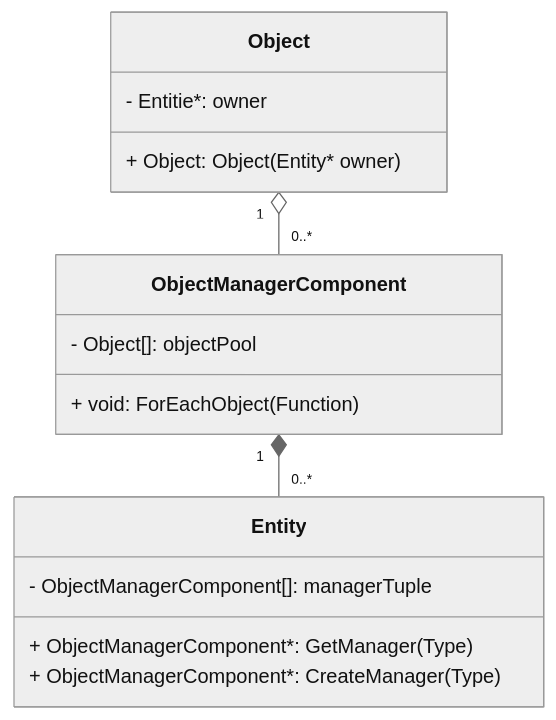
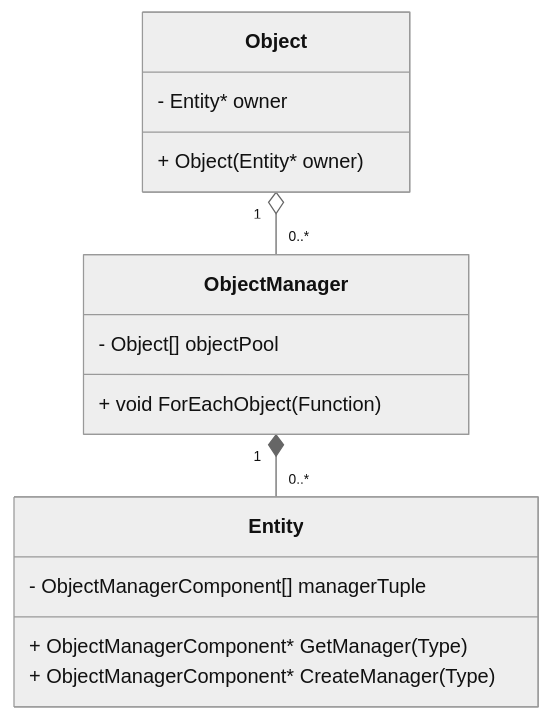
One commit to FoxLightning/btest changed the second of 3 diagrams in Documentation/Architecture.md. Above: the diagram before and after it, drawn with Mermaid (neutral theme). The commit also changed other lines of this file and 1 other file, not shown here.

````diff
--- a/Documentation/Architecture.md
+++ b/Documentation/Architecture.md
@@ -55,23 +47,23 @@
 ```mermaid
 classDiagram
 %% Class definitions
     class Entity {
-        - ObjectManagerComponent[]: managerTuple
-        + ObjectManagerComponent*: GetManager(Type)
-        + ObjectManagerComponent*: CreateManager(Type)
+        - ObjectManagerComponent[] managerTuple
+        + ObjectManagerComponent* GetManager(Type)
+        + ObjectManagerComponent* CreateManager(Type)
     }
 
-    class ObjectManagerComponent {
-        - Object[]: objectPool
-        + void: ForEachObject(Function)
+    class ObjectManager{
+        - Object[] objectPool
+        + void ForEachObject(Function)
     }
 
     class Object {
-        - Entitie*: owner
-        + Object: Object(Entity* owner)
+        - Entity* owner
+        + Object(Entity* owner)
     }
 
 %% relationships
-    ObjectManagerComponent "1" *-- "0..*" Entity
-    Object "1" o-- "0..*" ObjectManagerComponent
+    ObjectManager "1" *-- "0..*" Entity
+    Object "1" o-- "0..*" ObjectManager
 ```
````
